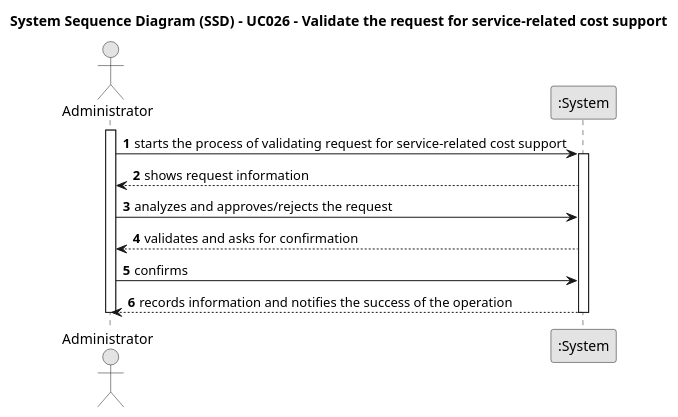
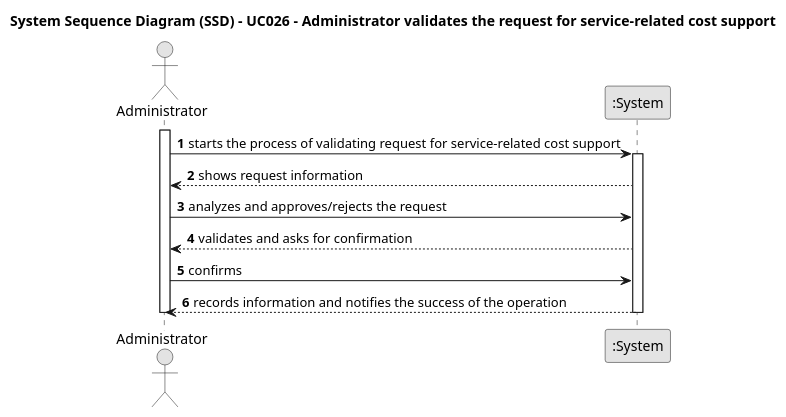
One commit to tbarracha/Upskill-Sprint-2-Gladly-Given changed the diagram in javaSprint2GladlyGiven/Docs/UseCases/uc026/requirements/puml/uc026-SSD.puml. Above: the diagram before and after it, drawn with PlantUML. The commit also changed 30 other files, not shown here.

```diff
--- a/javaSprint2GladlyGiven/Docs/UseCases/uc026/requirements/puml/uc026-SSD.puml
+++ b/javaSprint2GladlyGiven/Docs/UseCases/uc026/requirements/puml/uc026-SSD.puml
@@ -1,28 +1,25 @@
 @startuml
 skinparam monochrome true
 skinparam packageStyle rectangle
 skinparam shadowing false
 
-title System Sequence Diagram (SSD) - UC026 - Validate the request for service-related cost support
-
-
-
+title System Sequence Diagram (SSD) - UC026 - Administrator validates the request for service-related cost support
 
 autonumber
 
 actor Administrator as admin
 participant ":System" as system
 
 activate admin
     admin -> system : starts the process of validating request for service-related cost support
     activate system
         system --> admin : shows request information
         admin -> system : analyzes and approves/rejects the request
         system --> admin : validates and asks for confirmation
         admin -> system : confirms
         system --> admin : records information and notifies the success of the operation
     deactivate system
 deactivate admin
 
 
 @enduml
```
